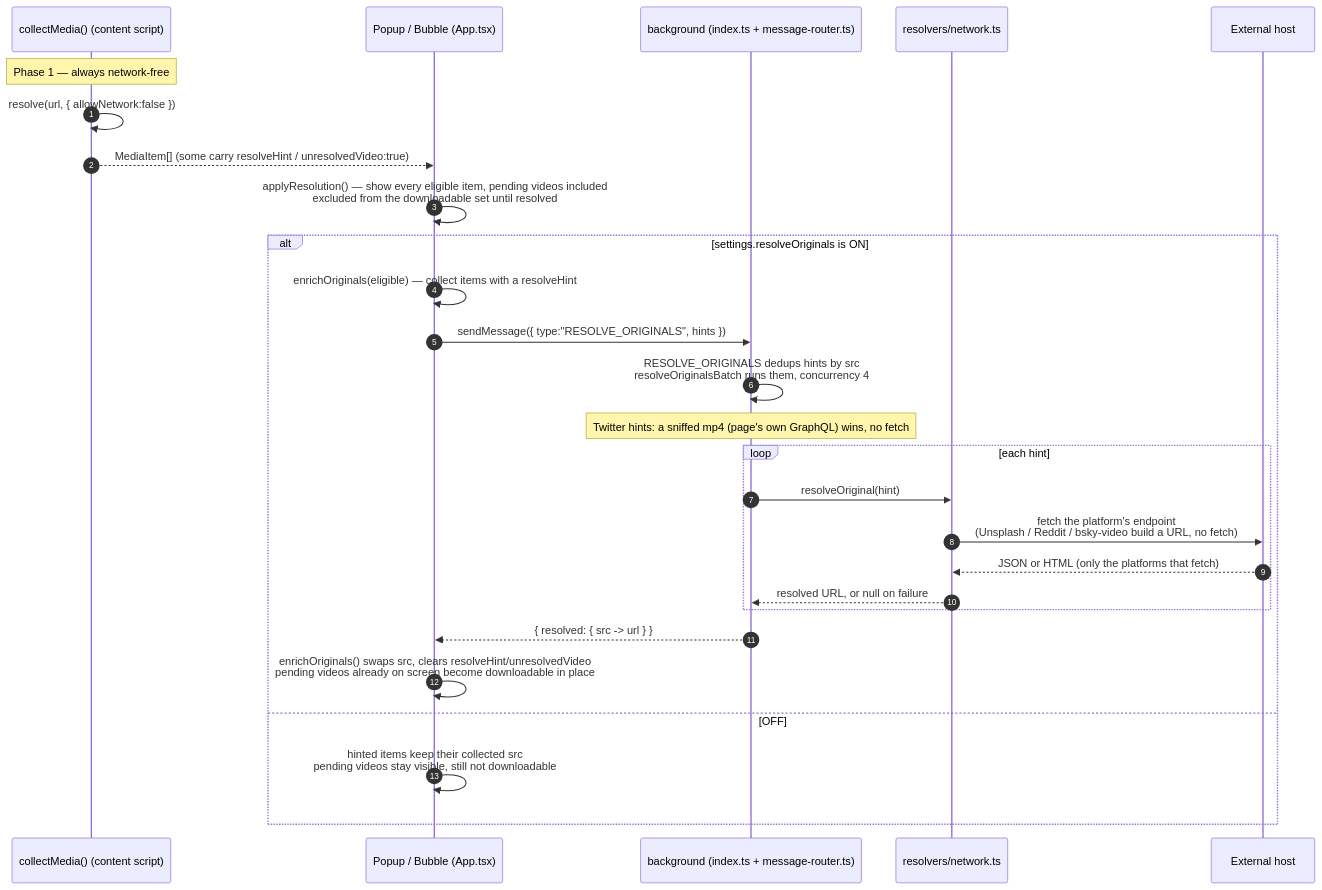
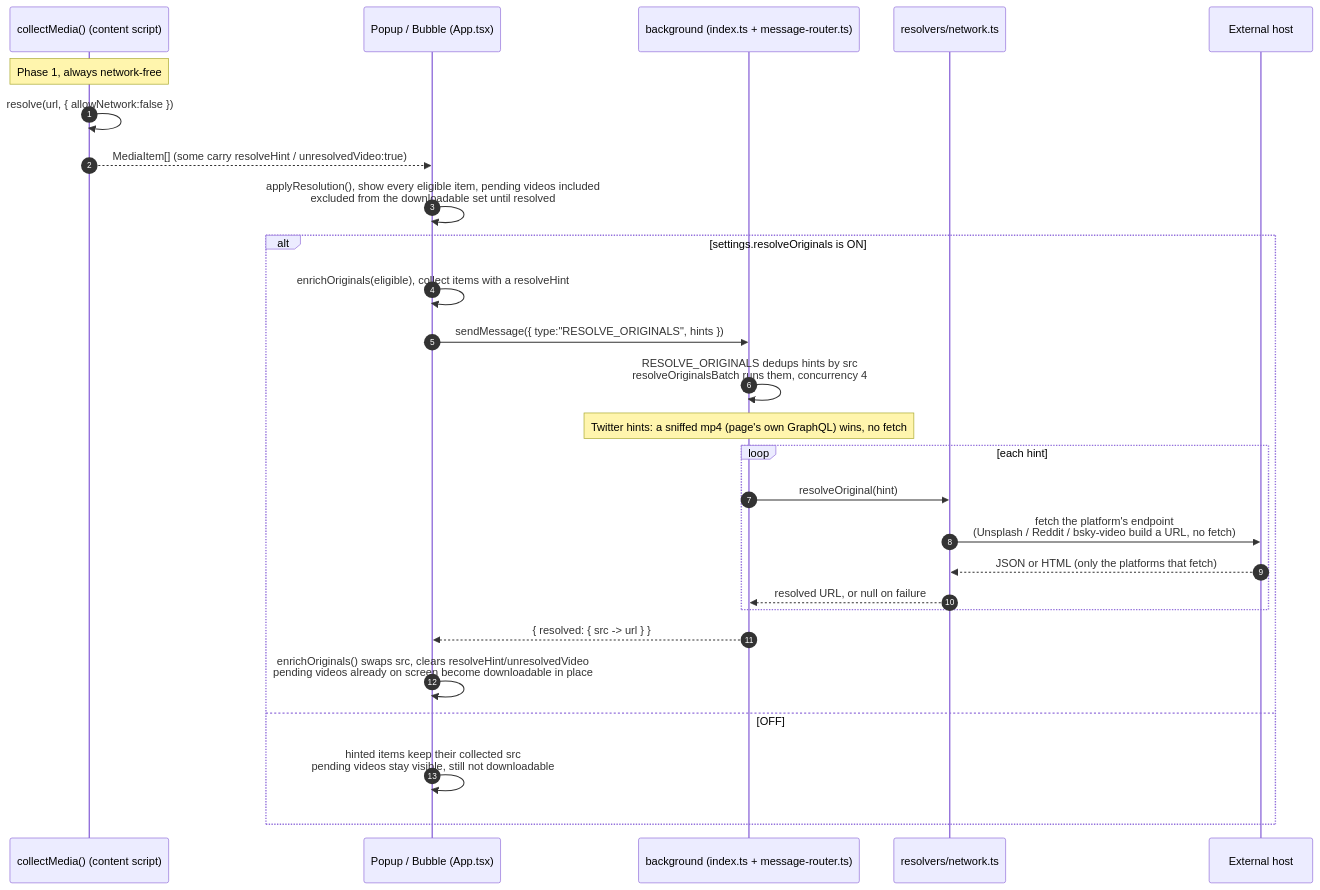
Before and after one commit to mralaminahamed/media-bulk-downloads: the diagram in docs/website/src/content/docs/how-it-works/resolve-originals.md, drawn with Mermaid. The commit also changed other lines of this file and 49 other files, not shown here.

````diff
--- a/docs/website/src/content/docs/how-it-works/resolve-originals.md
+++ b/docs/website/src/content/docs/how-it-works/resolve-originals.md
@@ -83,31 +83,31 @@
 ```mermaid
 sequenceDiagram
   autonumber
   participant CM as collectMedia() (content script)
   participant P as Popup / Bubble (App.tsx)
   participant BG as background (index.ts + message-router.ts)
   participant NET as resolvers/network.ts
   participant EXT as External host
 
-  Note over CM: Phase 1 — always network-free
+  Note over CM: Phase 1, always network-free
   CM->>CM: resolve(url, { allowNetwork:false })
   CM-->>P: MediaItem[] (some carry resolveHint / unresolvedVideo:true)
-  P->>P: applyResolution() — show every eligible item, pending videos included<br/>excluded from the downloadable set until resolved
+  P->>P: applyResolution(), show every eligible item, pending videos included<br/>excluded from the downloadable set until resolved
 
   alt settings.resolveOriginals is ON
-    P->>P: enrichOriginals(eligible) — collect items with a resolveHint
+    P->>P: enrichOriginals(eligible), collect items with a resolveHint
     P->>BG: sendMessage({ type:"RESOLVE_ORIGINALS", hints })
     BG->>BG: RESOLVE_ORIGINALS dedups hints by src<br/>resolveOriginalsBatch runs them, concurrency 4
     Note over BG: Twitter hints: a sniffed mp4 (page's own GraphQL) wins, no fetch
     loop each hint
       BG->>NET: resolveOriginal(hint)
       NET->>EXT: fetch the platform's endpoint<br/>(Unsplash / Reddit / bsky-video build a URL, no fetch)
       EXT-->>NET: JSON or HTML (only the platforms that fetch)
       NET-->>BG: resolved URL, or null on failure
     end
     BG-->>P: { resolved: { src -> url } }
     P->>P: enrichOriginals() swaps src, clears resolveHint/unresolvedVideo<br/>pending videos already on screen become downloadable in place
   else OFF
     P->>P: hinted items keep their collected src<br/>pending videos stay visible, still not downloadable
   end
 ```
````
